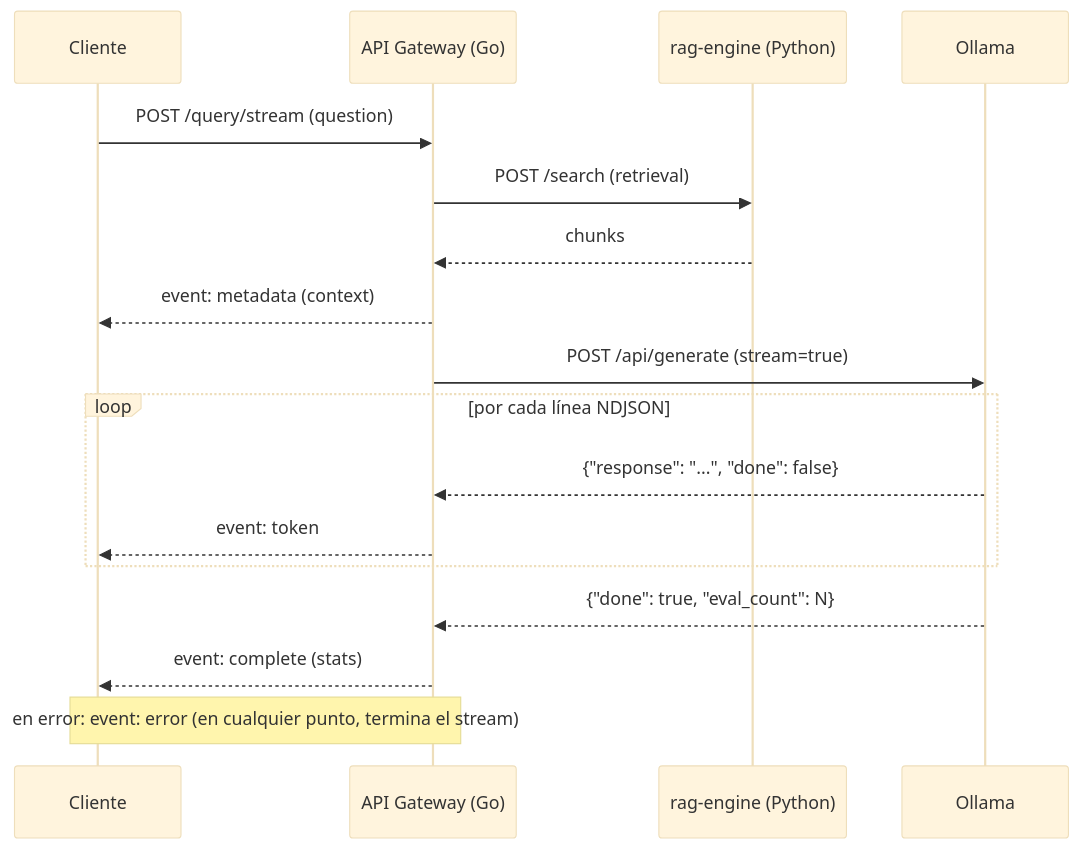
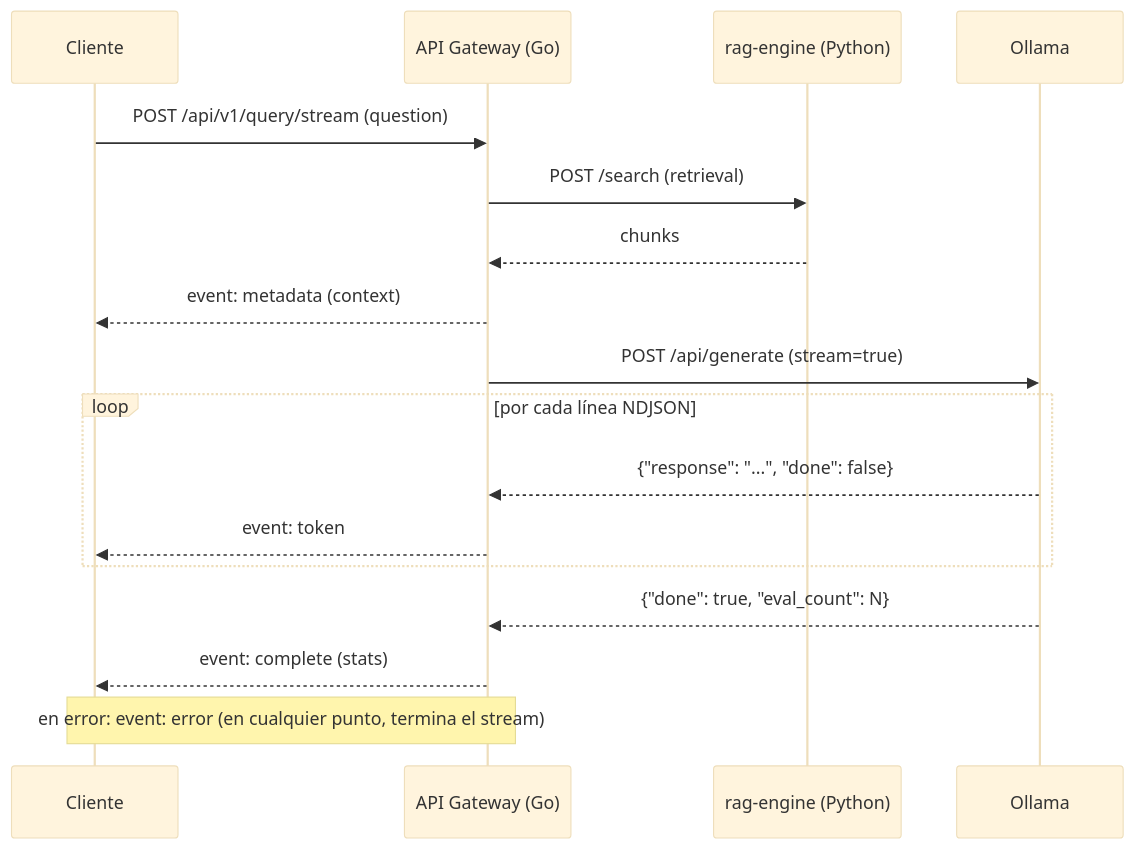
One commit to javieralone/Manual-RAG changed the diagram in api-go/README.md. Above: the diagram before and after it, drawn with Mermaid (base theme). The commit also changed other lines of this file and 10 other files, not shown here.

````diff
--- a/api-go/README.md
+++ b/api-go/README.md
@@ -133,20 +133,20 @@
 ```mermaid
 sequenceDiagram
     participant Cliente
     participant Gateway as API Gateway (Go)
     participant RAG as rag-engine (Python)
     participant Ollama
 
-    Cliente->>Gateway: POST /query/stream (question)
+    Cliente->>Gateway: POST /api/v1/query/stream (question)
     Gateway->>RAG: POST /search (retrieval)
     RAG-->>Gateway: chunks
     Gateway-->>Cliente: event: metadata (context)
     Gateway->>Ollama: POST /api/generate (stream=true)
     loop por cada línea NDJSON
         Ollama-->>Gateway: {"response": "...", "done": false}
         Gateway-->>Cliente: event: token
     end
     Ollama-->>Gateway: {"done": true, "eval_count": N}
     Gateway-->>Cliente: event: complete (stats)
     Note over Gateway,Cliente: en error: event: error (en cualquier punto, termina el stream)
 ```
````
